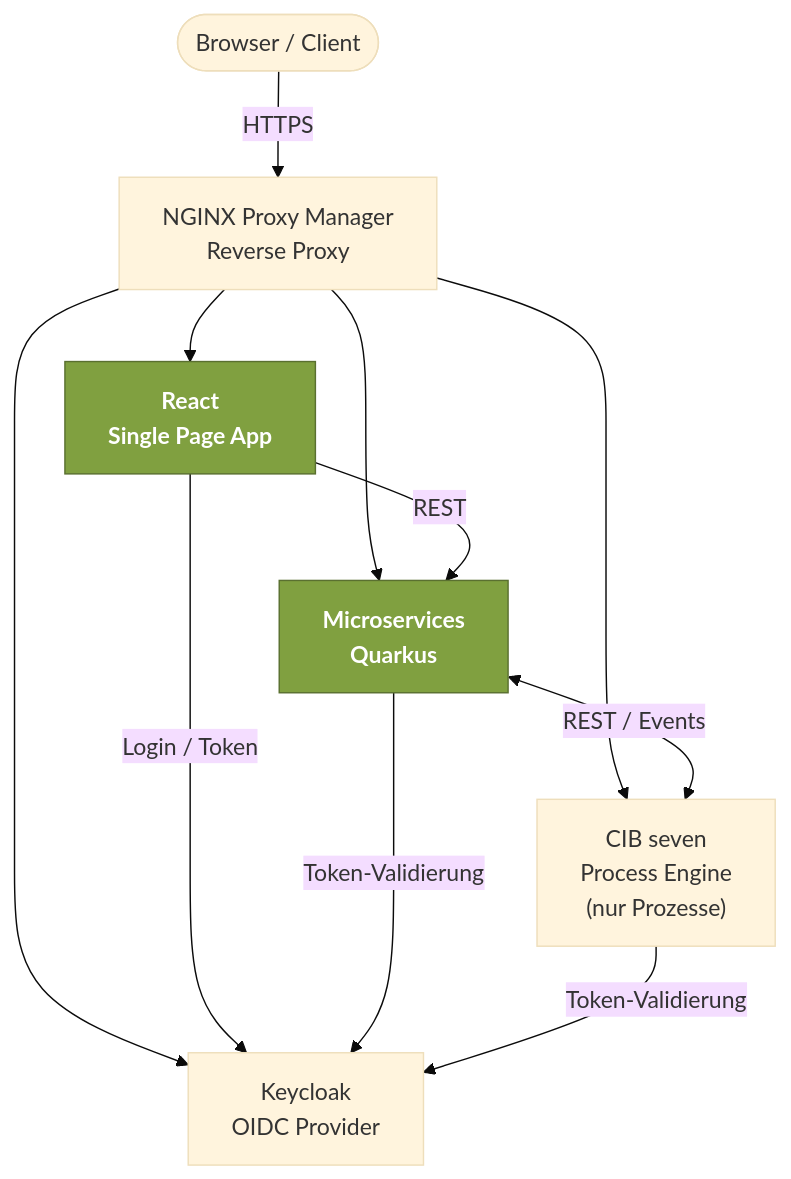
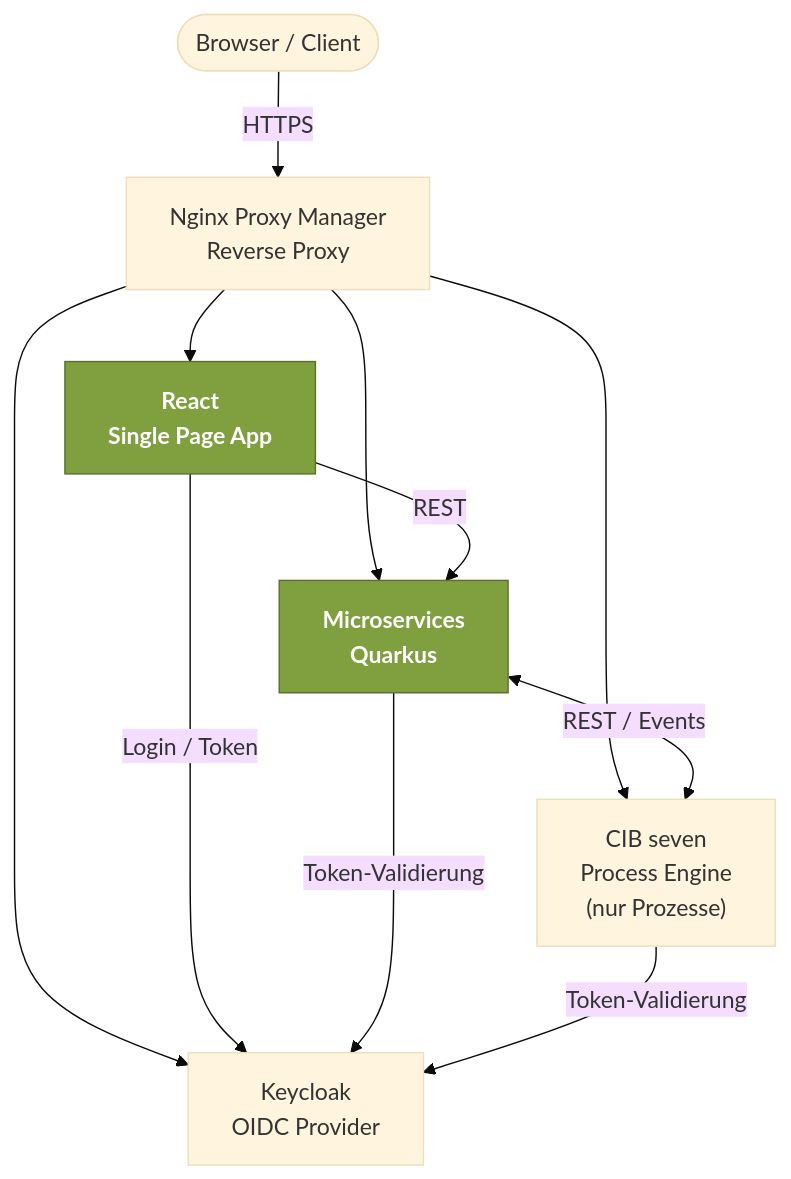
One commit to d135-1r43/winfprojekt changed the diagram in docs/technik/architektur.md. Above: the diagram before and after it, drawn with Mermaid (base theme). The commit also changed other lines of this file and 1 other file, not shown here.

First line of the commit message:
📝 docs: Nginx Proxy Manager-Seite hinzugefügt

````diff
--- a/docs/technik/architektur.md
+++ b/docs/technik/architektur.md
@@ -11,25 +11,25 @@
 ```mermaid
 graph TD
     Browser(["Browser / Client"])
-    NGINX["NGINX Proxy Manager\nReverse Proxy"]
+    NGINX["Nginx Proxy Manager\nReverse Proxy"]
     UI["React\nSingle Page App"]
     MS["Microservices\nQuarkus"]
     CIB["CIB seven\nProcess Engine\n(nur Prozesse)"]
     Keycloak["Keycloak\nOIDC Provider"]
 
     Browser -->|HTTPS| NGINX
     NGINX --> UI
     NGINX --> MS
     NGINX --> CIB
     NGINX --> Keycloak
 
     UI -->|REST| MS
     UI -->|Login / Token| Keycloak
 
     MS <-->|REST / Events| CIB
     MS -->|Token-Validierung| Keycloak
     CIB -->|Token-Validierung| Keycloak
 
     classDef developed fill:#80a040,stroke:#5a7030,color:#ffffff,font-weight:bold
     class UI,MS developed
 ```
````
